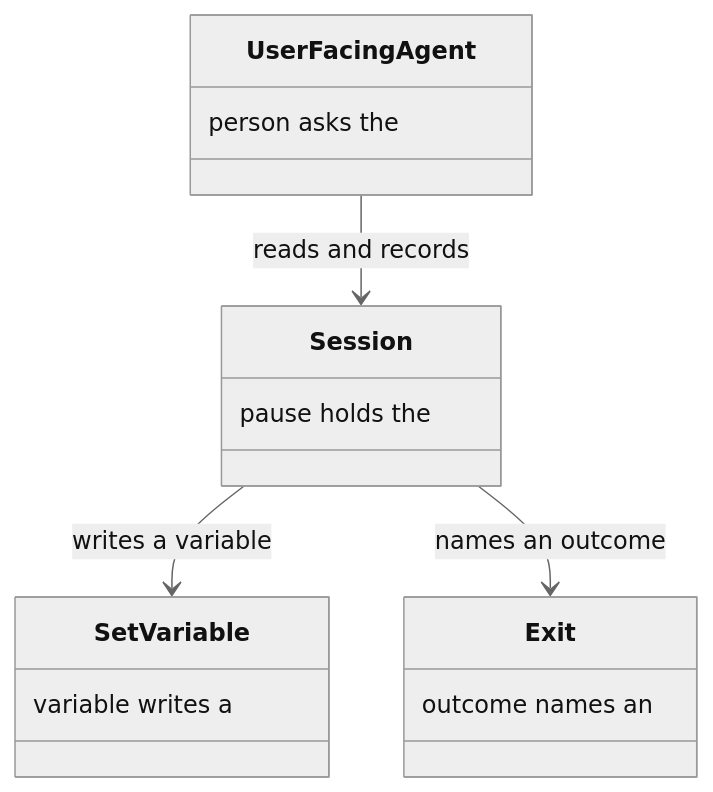
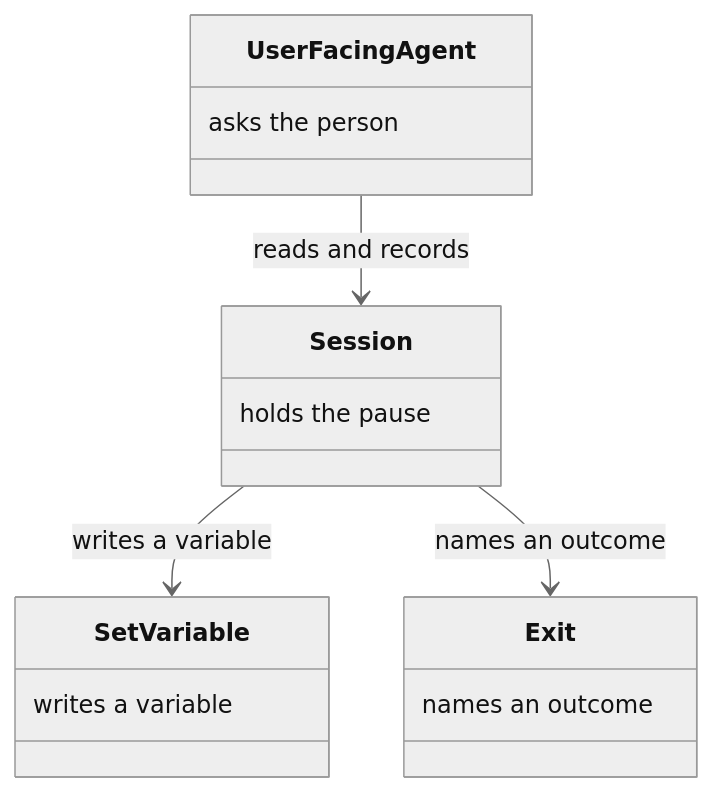
One commit to m2ux/workflow-server changed the tenth of 22 diagrams in docs/checkpoint.md. Above: the diagram before and after it, drawn with Mermaid (neutral theme). The commit also changed other lines of this file and 10 other files, not shown here.

Commit message:
Write each class-box note in reading order so the diagram shows the phrase as written.

````diff
--- a/docs/checkpoint.md
+++ b/docs/checkpoint.md
@@ -208,18 +208,18 @@
 ```mermaid
 classDiagram
   class UserFacingAgent {
-    person asks the
+    asks the person
   }
   class Session {
-    pause holds the
+    holds the pause
   }
   class SetVariable {
-    variable writes a
+    writes a variable
   }
   class Exit {
-    outcome names an
+    names an outcome
   }
   UserFacingAgent --> Session : reads and records
   Session --> SetVariable : writes a variable
   Session --> Exit : names an outcome
 ```
````
